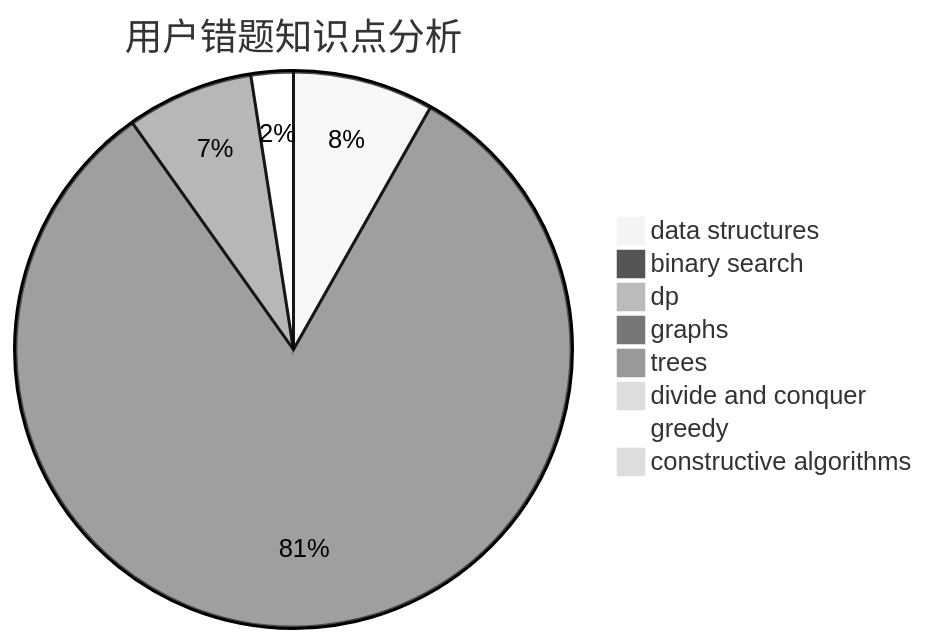
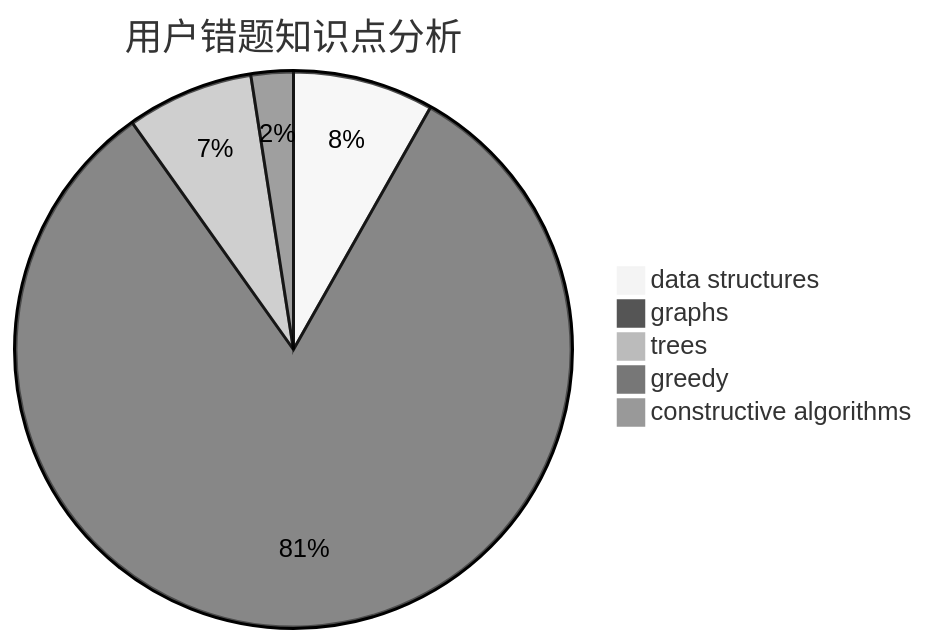
One commit to sherpahu/cfrs.github.io changed the third of 3 diagrams in docs/user/u1870.md. Above: the diagram before and after it, drawn with Mermaid (neutral theme). The commit also changed other lines of this file and 2770 other files, not shown here.

````diff
--- a/docs/user/u1870.md
+++ b/docs/user/u1870.md
@@ -31,11 +29,8 @@
 ```mermaid
 pie title 用户错题知识点分析
     "data structures" :  10
-    "binary search" :  0
-    "dp" :  0
     "graphs" :  100
     "trees" :  9
-    "divide and conquer" :  0
     "greedy" :  3
     "constructive algorithms" :  1
 ```
````
